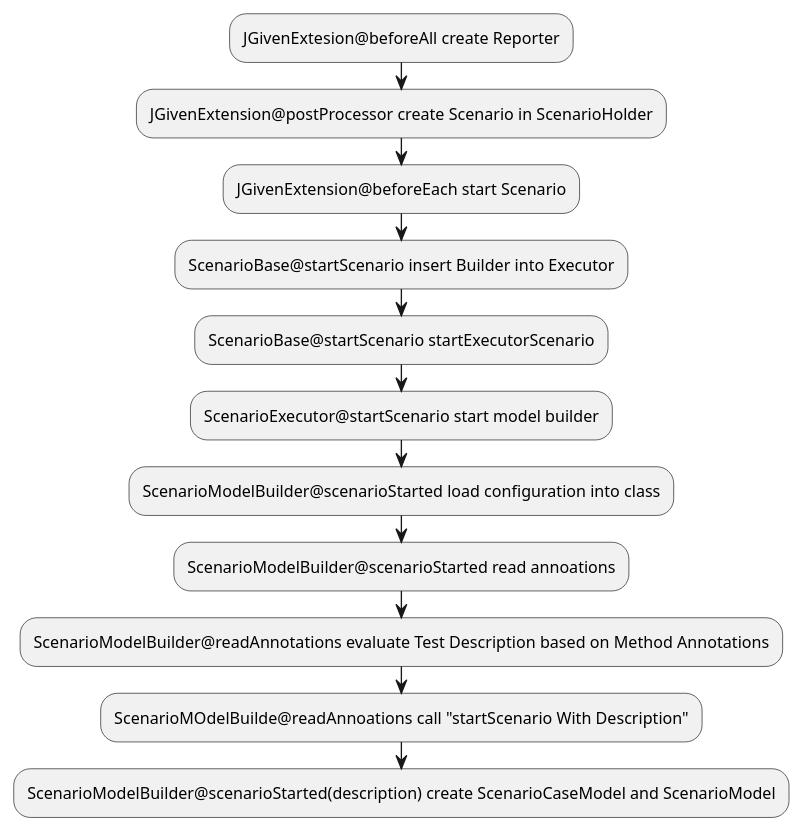
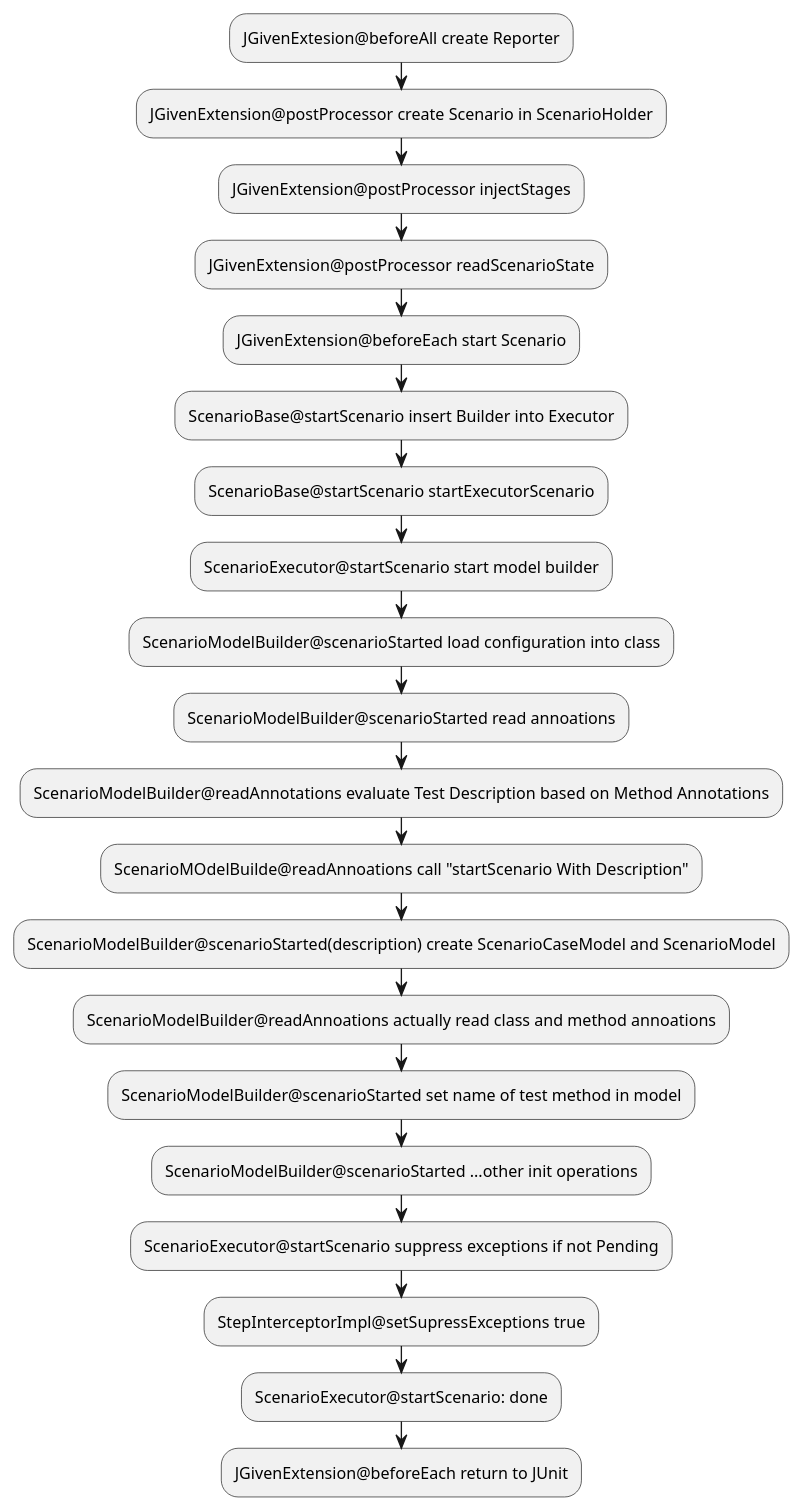
Before and after one commit to TNG/JGiven: the second of 3 diagrams in JGiven-Sequence.puml, drawn with PlantUML. The commit also changed other lines of this file, not shown here.

Commit message:
WIP finish sequence

```diff
--- a/JGiven-Sequence.puml
+++ b/JGiven-Sequence.puml
@@ -12,13 +12,29 @@
 @startuml
 :JGivenExtesion@beforeAll create Reporter;
 :JGivenExtension@postProcessor create Scenario in ScenarioHolder;
+:JGivenExtension@postProcessor injectStages;
+
+
+
+
+
+
+:JGivenExtension@postProcessor readScenarioState;
 :JGivenExtension@beforeEach start Scenario;
 :ScenarioBase@startScenario insert Builder into Executor;
 :ScenarioBase@startScenario startExecutorScenario;
 :ScenarioExecutor@startScenario start model builder;
 :ScenarioModelBuilder@scenarioStarted load configuration into class;
 :ScenarioModelBuilder@scenarioStarted read annoations;
 :ScenarioModelBuilder@readAnnotations evaluate Test Description based on Method Annotations;
 :ScenarioMOdelBuilde@readAnnoations call "startScenario With Description";
 :ScenarioModelBuilder@scenarioStarted(description) create ScenarioCaseModel and ScenarioModel;
+:ScenarioModelBuilder@readAnnoations actually read class and method annoations;
+:ScenarioModelBuilder@scenarioStarted set name of test method in model;
+:ScenarioModelBuilder@scenarioStarted ...other init operations;
+:ScenarioExecutor@startScenario suppress exceptions if not Pending;
+:StepInterceptorImpl@setSupressExceptions true;
+:ScenarioExecutor@startScenario: done;
+:JGivenExtension@beforeEach return to JUnit;
+
 @enduml
```
